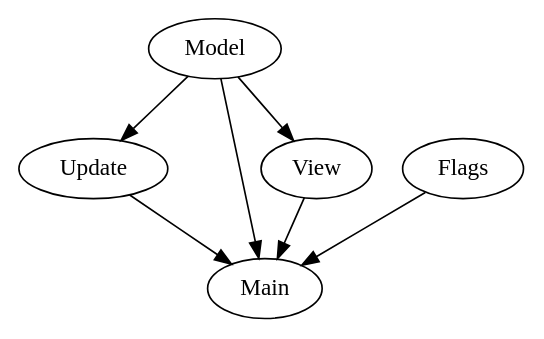
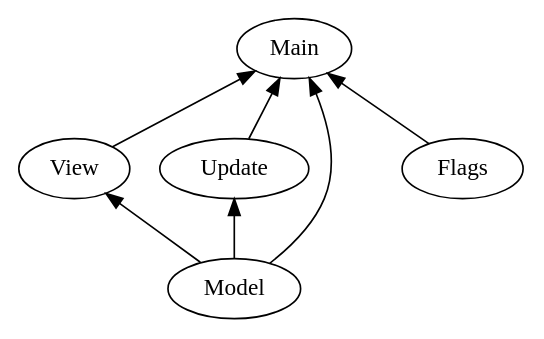
One commit to NoRedInk/elm-style-guide changed the diagram in images/module-dependencies.dot. Above: the diagram before and after it, drawn with Graphviz. The commit also changed 1 other file, not shown here.

Commit message:
Reverse order dependency graph

```diff
--- a/images/module-dependencies.dot
+++ b/images/module-dependencies.dot
@@ -1,8 +1,11 @@
 digraph {
+  rankdir = BT
+  {rank=same; View; Update; Flags; }
+
   Update -> Main
   View -> Main
   Model -> Main
   Model -> Update
   Model -> View
   Flags -> Main
 }
```
